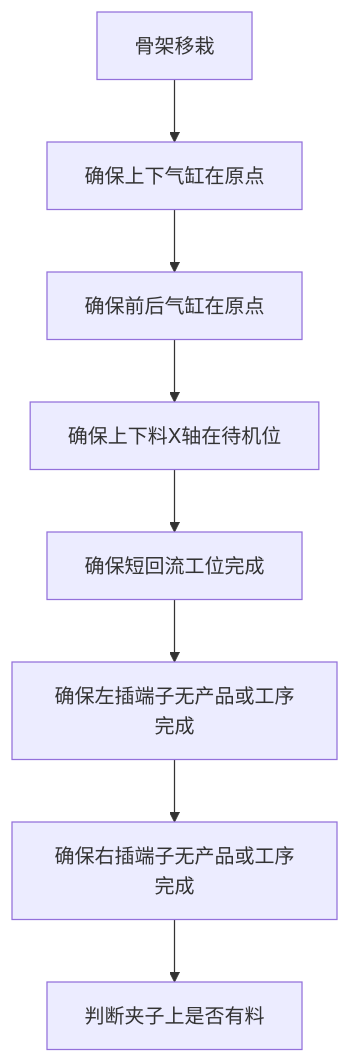
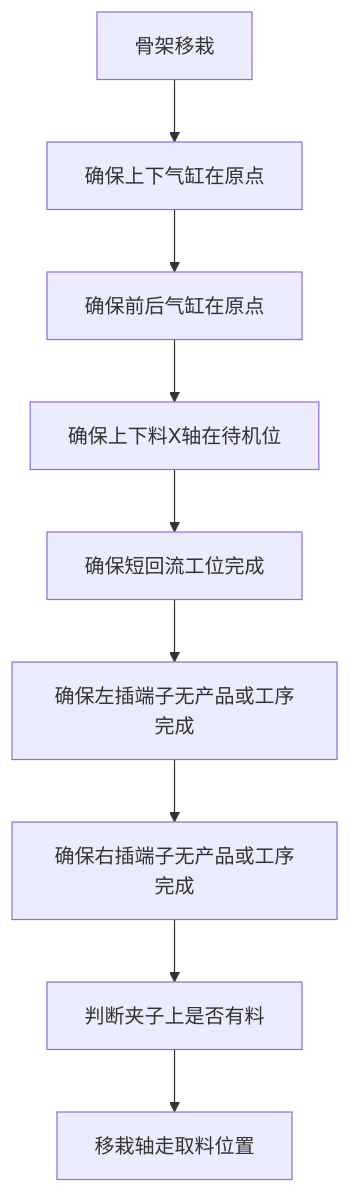
The diagram in all/VR-OP90骨架移栽.md (zmq000/iodraw-files), drawn with Mermaid before and after one commit.

Commit message:
2026-06-18 10:41:45 update

````diff
--- a/all/VR-OP90骨架移栽.md
+++ b/all/VR-OP90骨架移栽.md
@@ -1,14 +1,15 @@
 ```mermaid
 graph TD
    0[骨架移栽]-->10
    10[确保上下气缸在原点]-->20
    20[确保前后气缸在原点]-->30
    30[确保上下料X轴在待机位]-->40
    40[确保短回流工位完成]-->50
    50[确保左插端子无产品或工序完成]-->60
    60[确保右插端子无产品或工序完成]-->70
-   70[判断夹子上是否有料]
+   70[判断夹子上是否有料]-->80
+   80[移栽轴走取料位置]
 
 
   
 ```
````
